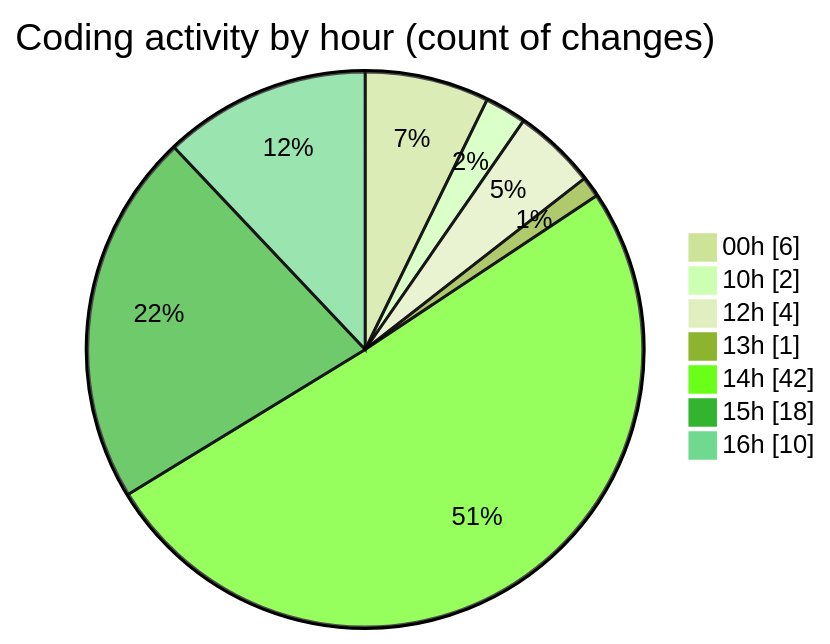
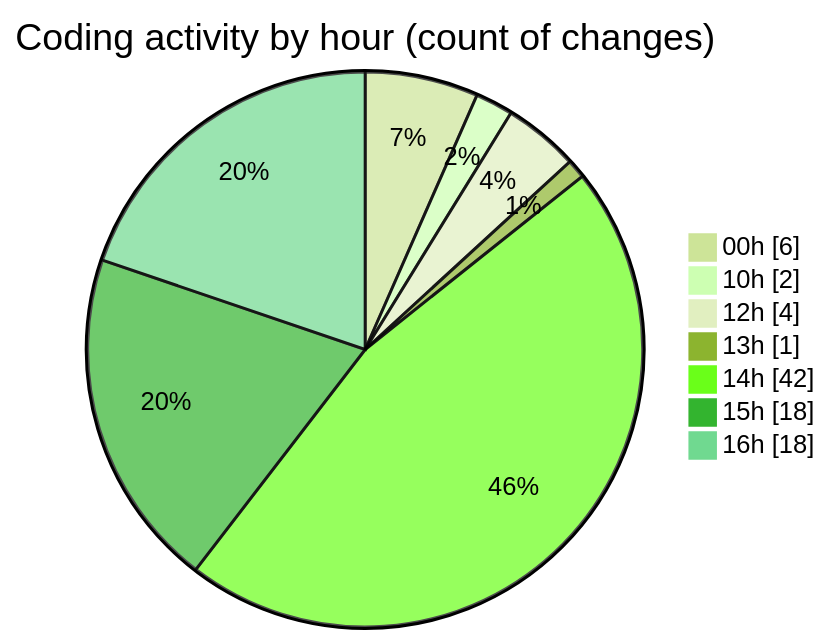
The second of 2 diagrams in 2025-06-04/nxtqube_webapp/README.md (nxtqubesakshisongat/code-tracking), drawn with Mermaid (forest theme) before and after one commit. The commit also changed other lines of this file and 1 other file, not shown here.

````diff
--- a/2025-06-04/nxtqube_webapp/README.md
+++ b/2025-06-04/nxtqube_webapp/README.md
@@ -35,11 +35,11 @@
 ```mermaid
 pie showData
 title Coding activity by hour (count of changes)
 "00h" : 6
 "10h" : 2
 "12h" : 4
 "13h" : 1
 "14h" : 42
 "15h" : 18
-"16h" : 10
+"16h" : 18
 ```
````
